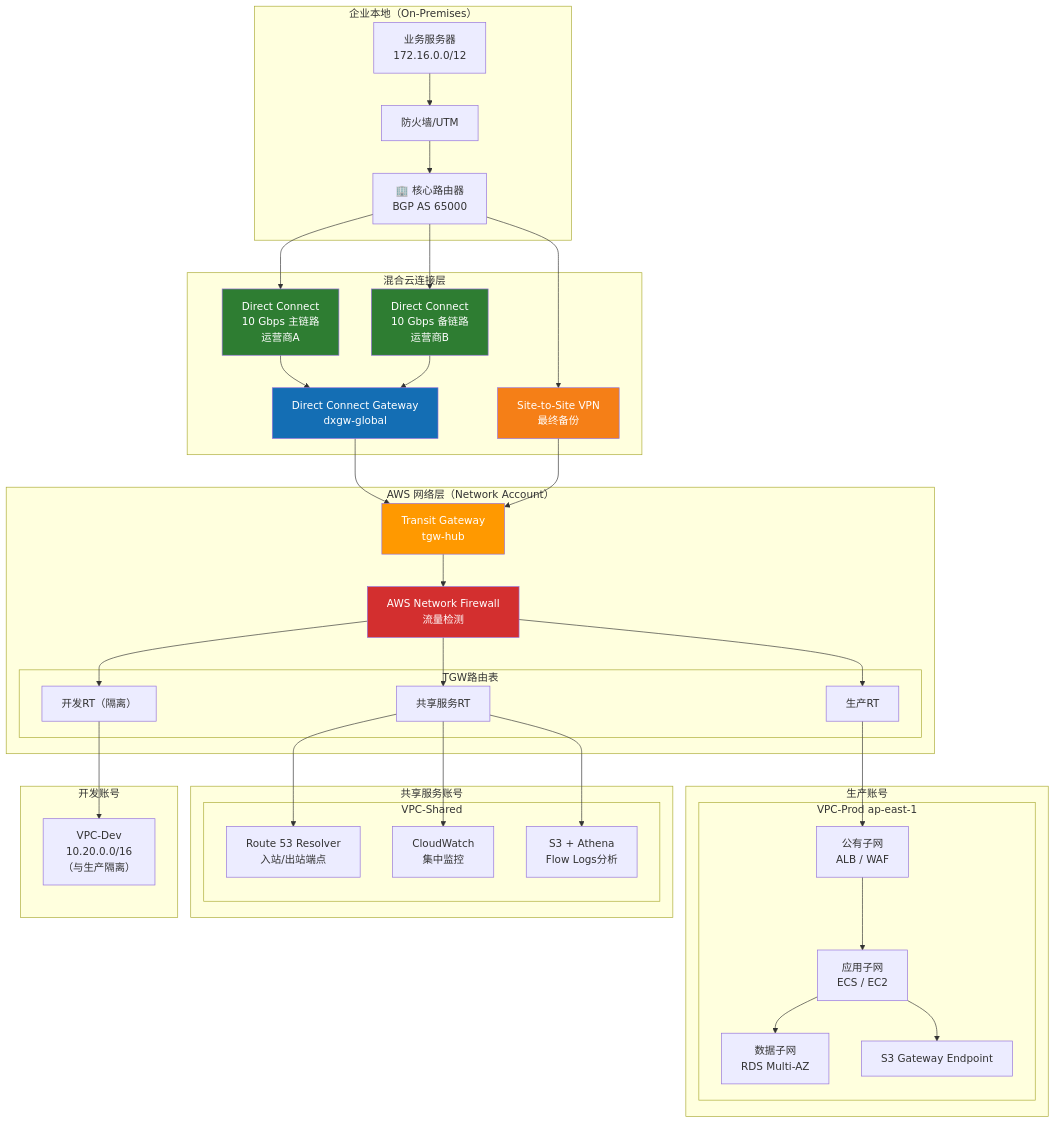
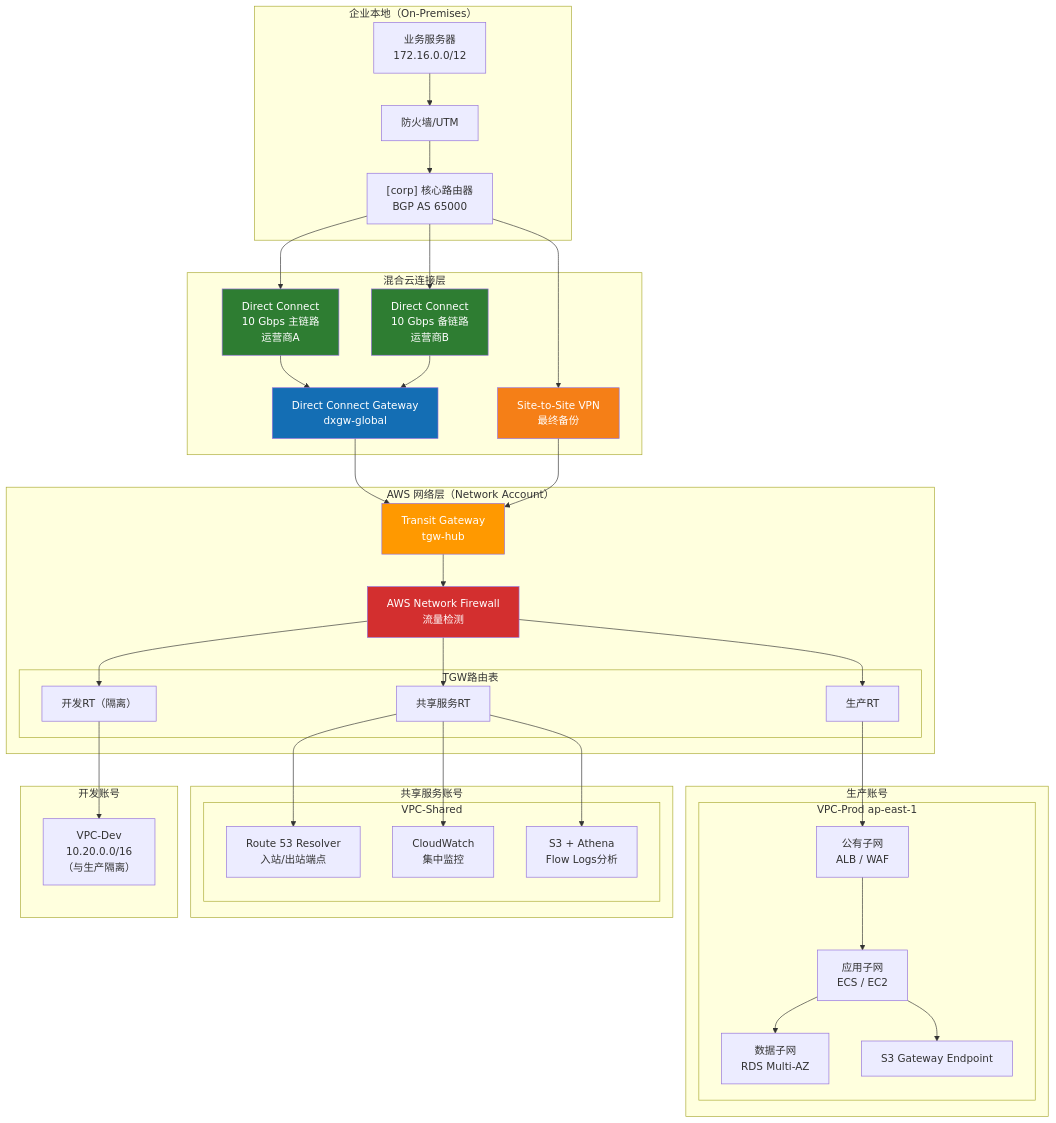
The sixth of 6 diagrams in docs/guide/cloud/aws-networking.md (SKT-Shurima/NetworkMastery), drawn with Mermaid before and after one commit. The commit also changed other lines of this file and 54 other files, not shown here.

````diff
--- a/docs/guide/cloud/aws-networking.md
+++ b/docs/guide/cloud/aws-networking.md
@@ -588,67 +588,67 @@
 ```mermaid
 graph TB
     subgraph "企业本地（On-Premises）"
-        DC_Router["🏢 核心路由器<br/>BGP AS 65000"]
+        DC_Router["[corp] 核心路由器<br/>BGP AS 65000"]
         DC_FW["防火墙/UTM"]
         DC_Server["业务服务器<br/>172.16.0.0/12"]
     end
 
     subgraph "混合云连接层"
         DX_10G["Direct Connect<br/>10 Gbps 主链路<br/>运营商A"]
         DX_BK["Direct Connect<br/>10 Gbps 备链路<br/>运营商B"]
         VPN_BK["Site-to-Site VPN<br/>最终备份"]
         DXGW["Direct Connect Gateway<br/>dxgw-global"]
     end
 
     subgraph "AWS 网络层（Network Account）"
         TGW["Transit Gateway<br/>tgw-hub"]
         subgraph "TGW路由表"
             RT_PROD["生产RT"]
             RT_DEV["开发RT（隔离）"]
             RT_SHARED["共享服务RT"]
         end
         NFW["AWS Network Firewall<br/>流量检测"]
     end
 
     subgraph "生产账号"
         subgraph "VPC-Prod ap-east-1"
             PubSub["公有子网<br/>ALB / WAF"]
             AppSub["应用子网<br/>ECS / EC2"]
             DbSub["数据子网<br/>RDS Multi-AZ"]
             S3_EP["S3 Gateway Endpoint"]
         end
     end
 
     subgraph "共享服务账号"
         subgraph "VPC-Shared"
             DNS_R53["Route 53 Resolver<br/>入站/出站端点"]
             Monitor["CloudWatch<br/>集中监控"]
             Log["S3 + Athena<br/>Flow Logs分析"]
         end
     end
 
     subgraph "开发账号"
         VPC_DEV["VPC-Dev<br/>10.20.0.0/16<br/>（与生产隔离）"]
     end
 
     DC_Router --> DX_10G & DX_BK & VPN_BK
     DX_10G & DX_BK --> DXGW --> TGW
     VPN_BK --> TGW
     DC_FW --> DC_Router
     DC_Server --> DC_FW
 
     TGW --> NFW
     NFW --> RT_PROD & RT_DEV & RT_SHARED
     RT_PROD --> PubSub --> AppSub --> DbSub
     RT_SHARED --> DNS_R53 & Monitor & Log
     RT_DEV --> VPC_DEV
 
     AppSub --> S3_EP
 
     style TGW fill:#FF9900,color:#fff
     style NFW fill:#D32F2F,color:#fff
     style DXGW fill:#146EB4,color:#fff
     style DX_10G fill:#2E7D32,color:#fff
     style DX_BK fill:#2E7D32,color:#fff
     style VPN_BK fill:#F57F17,color:#fff
 ```
````
